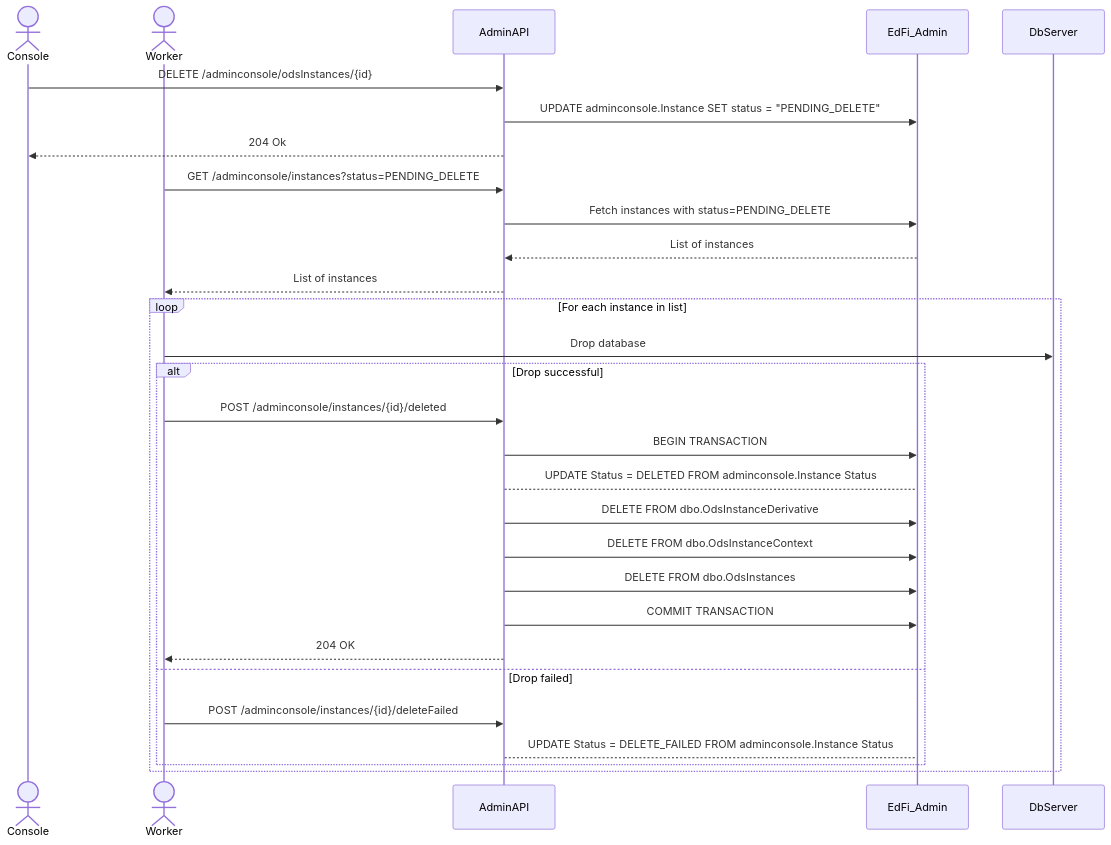
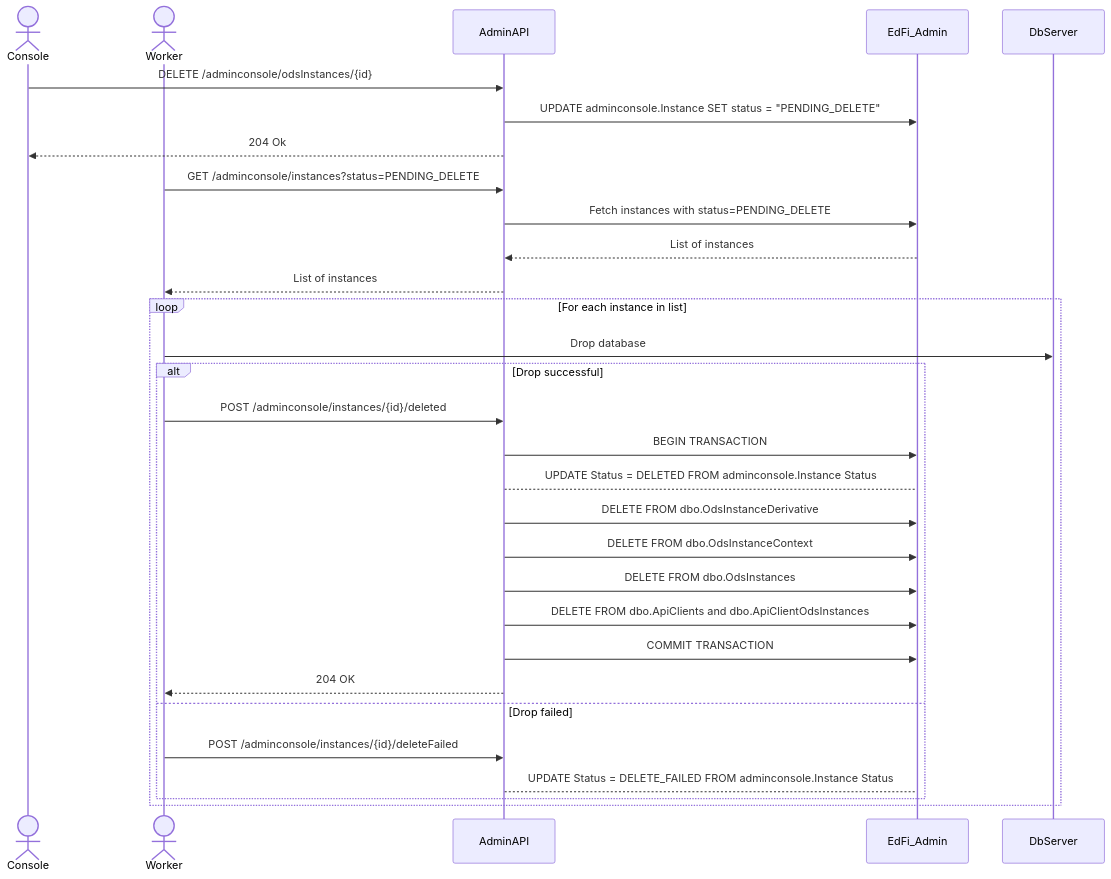
Before and after one commit to Ed-Fi-Alliance-OSS/AdminAPI-2.x: the third of 6 diagrams in docs/design/adminconsole/INSTANCE-MANAGEMENT.md, drawn with Mermaid. The commit also changed 1 other file, not shown here.

````diff
--- a/docs/design/adminconsole/INSTANCE-MANAGEMENT.md
+++ b/docs/design/adminconsole/INSTANCE-MANAGEMENT.md
@@ -151,38 +151,39 @@
 ```mermaid
 sequenceDiagram
     actor Console
     actor Worker
     participant AdminAPI
     participant EdFi_Admin
     participant DbServer
 
     Console ->> AdminAPI: DELETE /adminconsole/odsInstances/{id}
     AdminAPI ->> EdFi_Admin: UPDATE adminconsole.Instance SET status = "PENDING_DELETE"
     AdminAPI -->> Console: 204 Ok
 
     Worker ->> AdminAPI: GET /adminconsole/instances?status=PENDING_DELETE
     AdminAPI ->> EdFi_Admin: Fetch instances with status=PENDING_DELETE
     EdFi_Admin -->> AdminAPI: List of instances
 
     AdminAPI -->> Worker: List of instances
 
     loop For each instance in list
         Worker ->> DbServer: Drop database
 
         alt Drop successful
             Worker ->> AdminAPI: POST /adminconsole/instances/{id}/deleted
 
             AdminAPI ->> EdFi_Admin: BEGIN TRANSACTION
             AdminAPI --> EdFi_Admin: UPDATE Status = DELETED FROM adminconsole.Instance Status
             AdminAPI ->> EdFi_Admin: DELETE FROM dbo.OdsInstanceDerivative
             AdminAPI ->> EdFi_Admin: DELETE FROM dbo.OdsInstanceContext
             AdminAPI ->> EdFi_Admin: DELETE FROM dbo.OdsInstances
+            AdminAPI ->> EdFi_Admin: DELETE FROM dbo.ApiClients and dbo.ApiClientOdsInstances
             AdminAPI ->> EdFi_Admin: COMMIT TRANSACTION
 
             AdminAPI -->> Worker: 204 OK
         else Drop failed
             Worker ->> AdminAPI: POST /adminconsole/instances/{id}/deleteFailed
             AdminAPI --> EdFi_Admin: UPDATE Status = DELETE_FAILED FROM adminconsole.Instance Status
         end
     end
 ```
````
